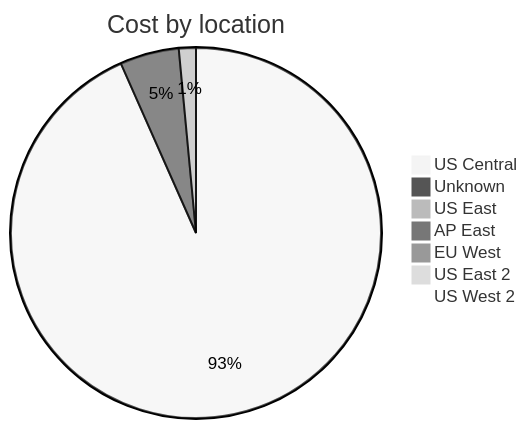
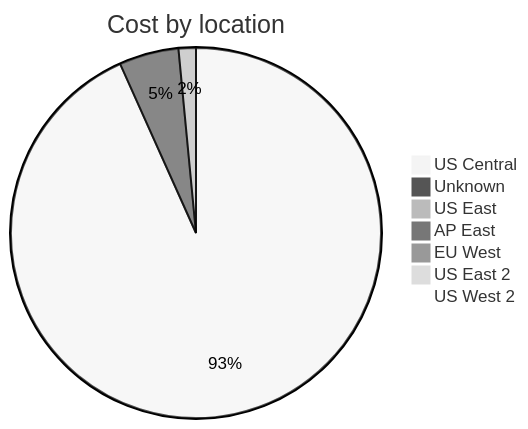
One commit to jpfulton/azure-personal-reports changed the third of 4 diagrams in cost-reports/accumulated-cost.md. Above: the diagram before and after it, drawn with Mermaid (neutral theme). The commit also changed other lines of this file and 4 other files, not shown here.

````diff
--- a/cost-reports/accumulated-cost.md
+++ b/cost-reports/accumulated-cost.md
@@ -123,11 +123,11 @@
 ```mermaid
 pie
    title Cost by location
-   "US Central" : 9.42
-   "Unknown" : 0.52
-   "US East" : 0.15
+   "US Central" : 9.87
+   "Unknown" : 0.55
+   "US East" : 0.16
    "AP East" : 0.00
    "EU West" : 0.00
    "US East 2" : 0.00
    "US West 2" : 0.00
 ```
````
